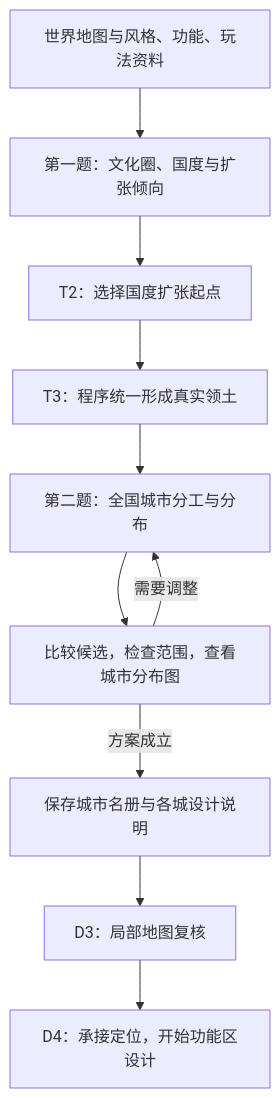
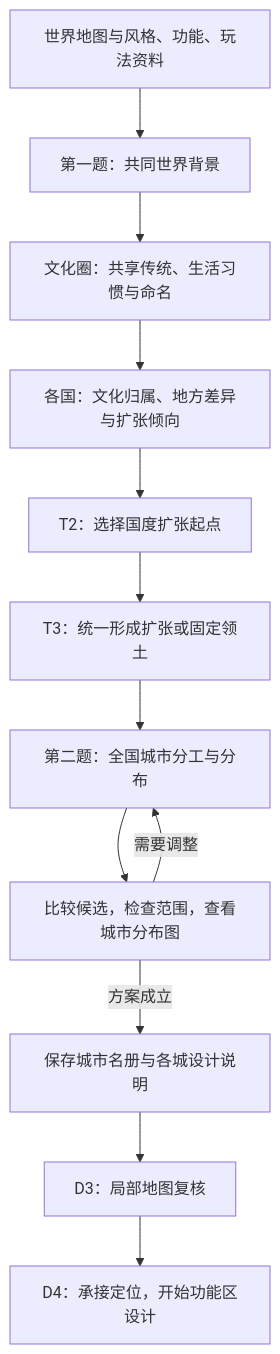
The diagram in docs/systems/realm_planning/10_product/案子/国度与城市设计正式接入/README.md (RinsingEL/designer_territoryMod), drawn with Mermaid before and after one commit. The commit also changed other lines of this file and 5 other files, not shown here.

````diff
--- a/docs/systems/realm_planning/10_product/案子/国度与城市设计正式接入/README.md
+++ b/docs/systems/realm_planning/10_product/案子/国度与城市设计正式接入/README.md
@@ -5,12 +5,14 @@
 ```mermaid
 flowchart TD
-  A[世界地图与风格、功能、玩法资料] --> B[第一题：文化圈、国度与扩张倾向]
-  B --> C[T2：选择国度扩张起点]
-  C --> D[T3：程序统一形成真实领土]
+  A[世界地图与风格、功能、玩法资料] --> B1[第一题：共同世界背景]
+  B1 --> B2[文化圈：共享传统、生活习惯与命名]
+  B2 --> B3[各国：文化归属、地方差异与扩张倾向]
+  B3 --> C[T2：选择国度扩张起点]
+  C --> D[T3：统一形成扩张或固定领土]
   D --> E[第二题：全国城市分工与分布]
   E --> F[比较候选，检查范围，查看城市分布图]
   F -->|需要调整| E
   F -->|方案成立| G[保存城市名册与各城设计说明]
   G --> H[D3：局部地图复核]
   H --> I[D4：承接定位，开始功能区设计]
 ```
````
